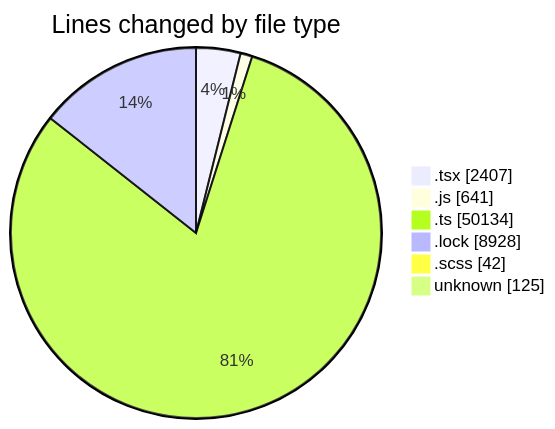
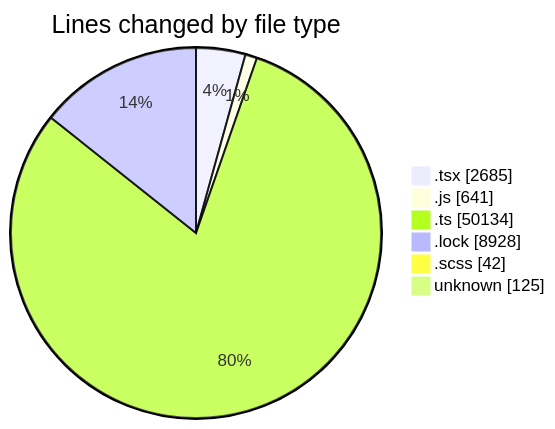
Before and after one commit to momahboobian/code-tracking: the first of 2 diagrams in 2026-09-16/cda/README.md, drawn with Mermaid. The commit also changed other lines of this file and 1 other file, not shown here.

````diff
--- a/2026-09-16/cda/README.md
+++ b/2026-09-16/cda/README.md
@@ -59,10 +61,10 @@
 ```mermaid
 pie showData
 title Lines changed by file type
-".tsx" : 2407
+".tsx" : 2685
 ".js" : 641
 ".ts" : 50134
 ".lock" : 8928
 ".scss" : 42
 "unknown" : 125
 ```
````
